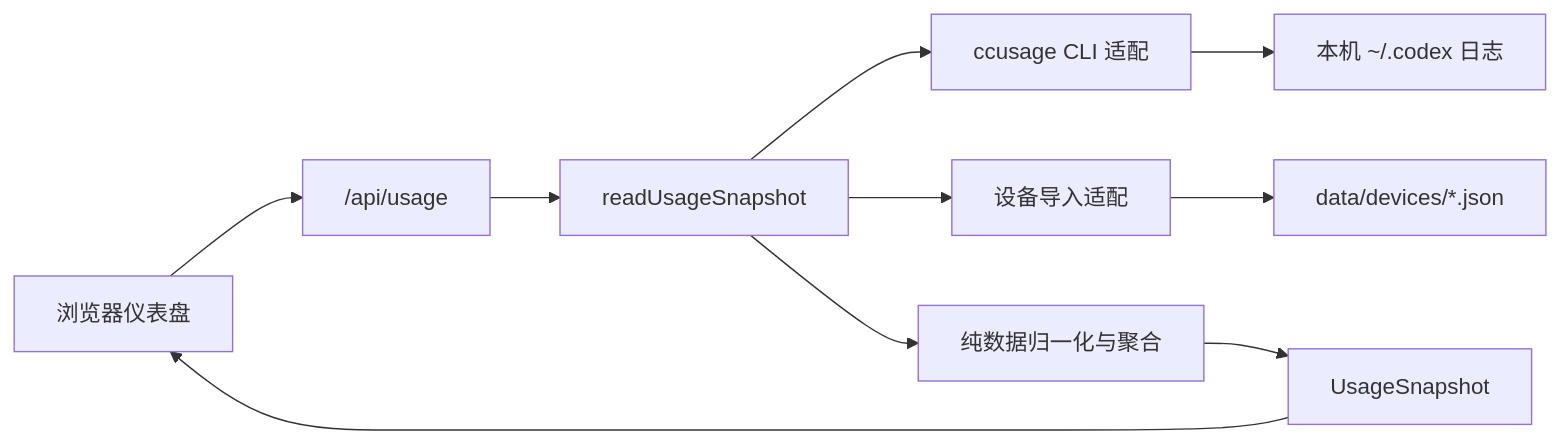
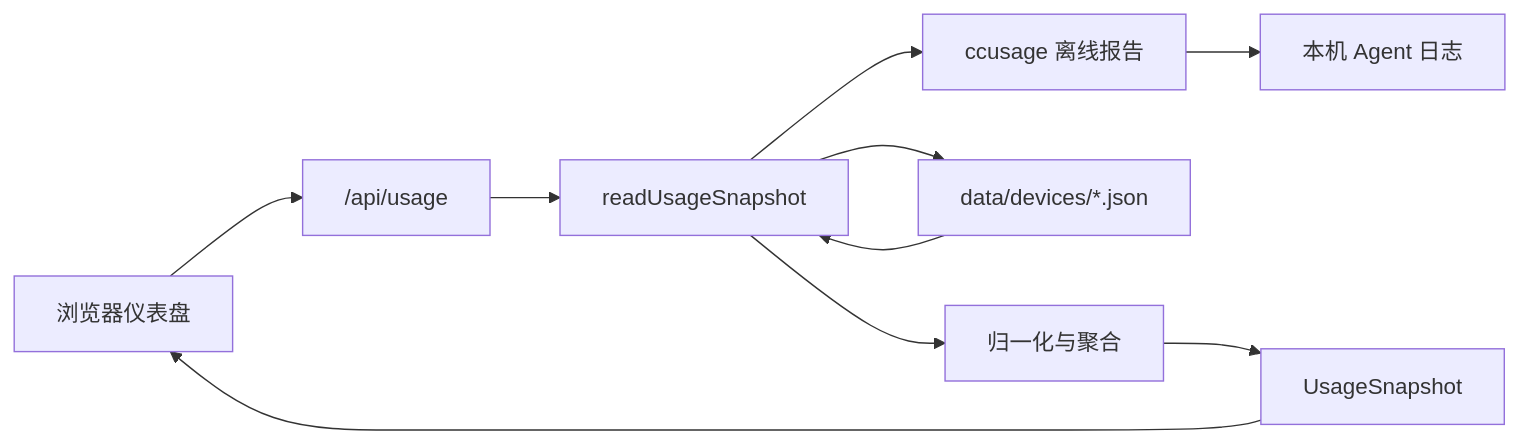
Before and after one commit to DonsonHH/Token-Atlas: the diagram in README.md, drawn with Mermaid. The commit also changed other lines of this file and 26 other files, not shown here.

````diff
--- a/README.md
+++ b/README.md
@@ -142,12 +127,12 @@
-~~~mermaid
+```mermaid
 flowchart LR
   Browser["浏览器仪表盘"] --> Route["/api/usage"]
   Route --> Reader["readUsageSnapshot"]
-  Reader --> Cli["ccusage CLI 适配"]
-  Cli --> Local["本机 ~/.codex 日志"]
-  Reader --> Imports["设备导入适配"]
-  Imports --> Json["data/devices/*.json"]
-  Reader --> Domain["纯数据归一化与聚合"]
+  Reader --> Cli["ccusage 离线报告"]
+  Reader --> Imports["data/devices/*.json"]
+  Cli --> Local["本机 Agent 日志"]
+  Imports --> Reader
+  Reader --> Domain["归一化与聚合"]
   Domain --> Snapshot["UsageSnapshot"]
   Snapshot --> Browser
-~~~
+```
````
